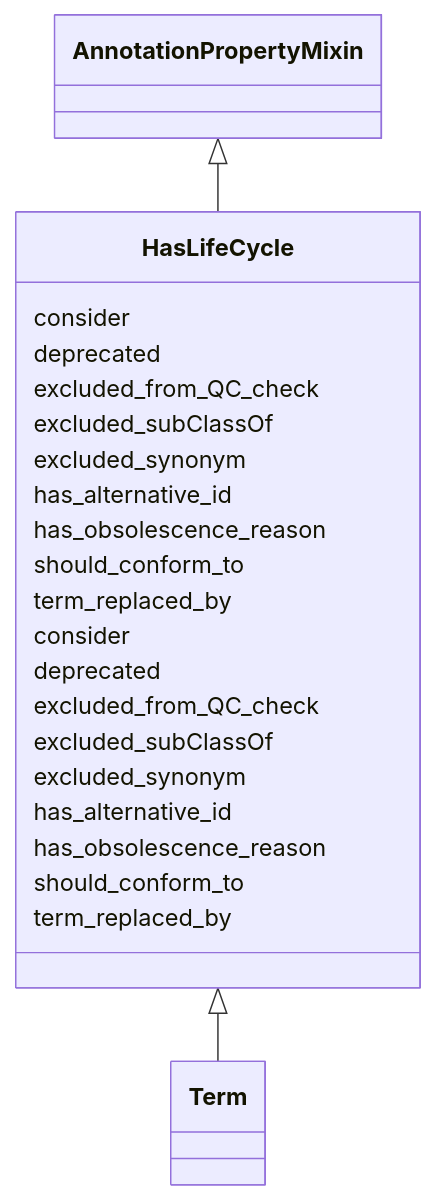
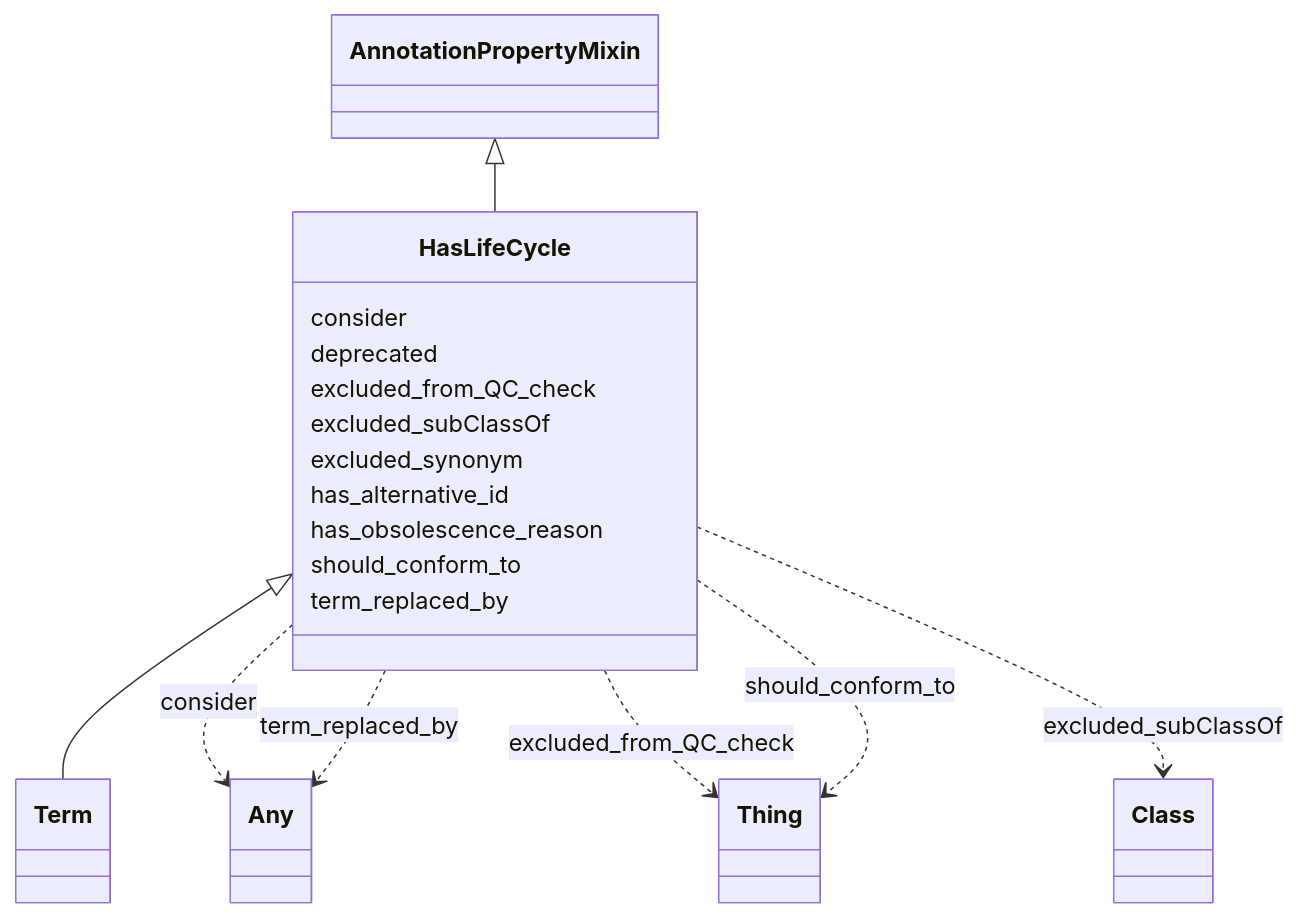
The diagram in ontology-metadata/HasLifeCycle.md (INCATools/ontology-access-kit), drawn with Mermaid before and after one commit. The commit also changed other lines of this file and 1783 other files, not shown here.

````diff
--- a/ontology-metadata/HasLifeCycle.md
+++ b/ontology-metadata/HasLifeCycle.md
@@ -9,29 +9,39 @@
 ```{mermaid}
  classDiagram
     class HasLifeCycle
       AnnotationPropertyMixin <|-- HasLifeCycle
       
-      HasLifeCycle : consider
-      HasLifeCycle : deprecated
-      HasLifeCycle : excluded_from_QC_check
-      HasLifeCycle : excluded_subClassOf
-      HasLifeCycle : excluded_synonym
-      HasLifeCycle : has_alternative_id
-      HasLifeCycle : has_obsolescence_reason
-      HasLifeCycle : should_conform_to
-      HasLifeCycle : term_replaced_by
-      
 
       HasLifeCycle <|-- Term
       
+      
       HasLifeCycle : consider
+        
+          HasLifeCycle ..> Any : consider
+        
       HasLifeCycle : deprecated
+        
       HasLifeCycle : excluded_from_QC_check
+        
+          HasLifeCycle ..> Thing : excluded_from_QC_check
+        
       HasLifeCycle : excluded_subClassOf
+        
+          HasLifeCycle ..> Class : excluded_subClassOf
+        
       HasLifeCycle : excluded_synonym
+        
       HasLifeCycle : has_alternative_id
+        
       HasLifeCycle : has_obsolescence_reason
+        
       HasLifeCycle : should_conform_to
+        
+          HasLifeCycle ..> Thing : should_conform_to
+        
       HasLifeCycle : term_replaced_by
+        
+          HasLifeCycle ..> Any : term_replaced_by
+        
       
 ```
````
